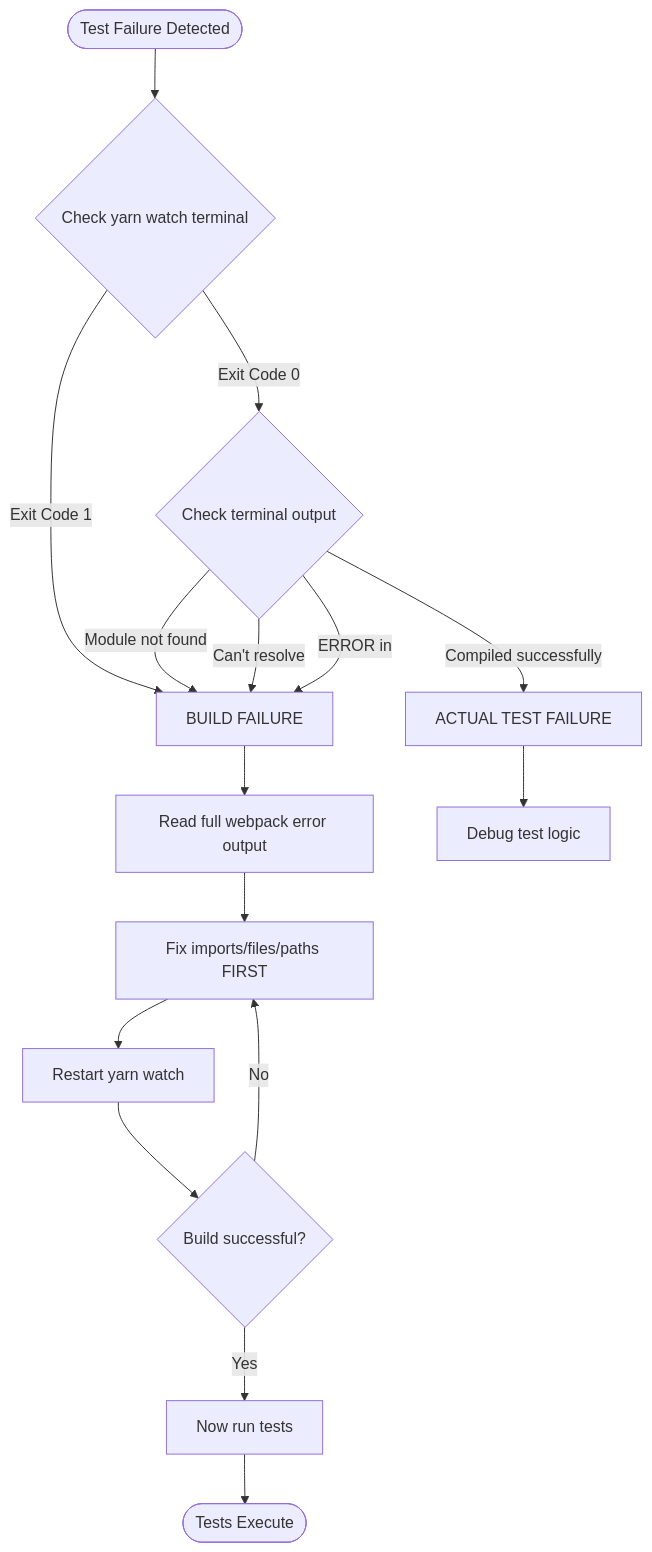
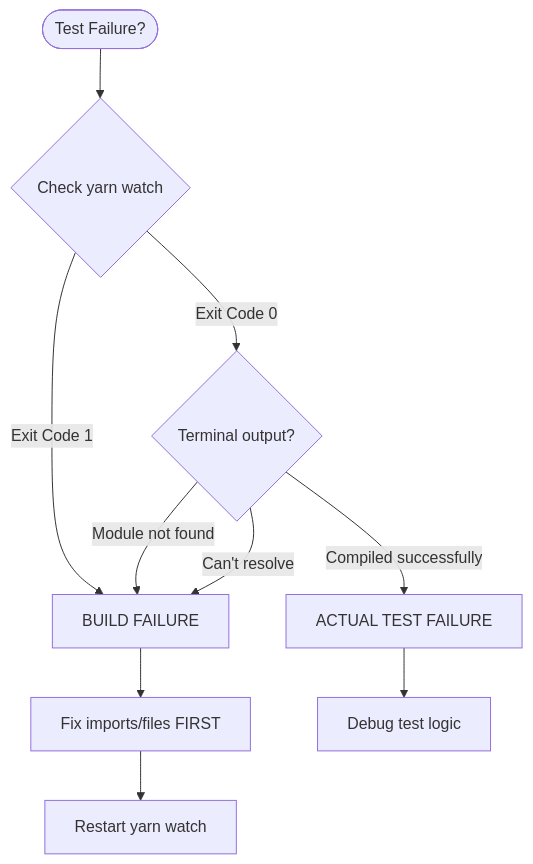
The second of 2 diagrams in .github/agents/tester.agent.md (department-of-veterans-affairs/vets-website), drawn with Mermaid before and after one commit. The commit also changed other lines of this file and 11 other files, not shown here.

````diff
--- a/.github/agents/tester.agent.md
+++ b/.github/agents/tester.agent.md
@@ -109,18 +143,12 @@
 ```mermaid
 flowchart TD
-    Start([Test Failure Detected]) --> CheckTerminal{Check yarn watch terminal}
+    Start([Test Failure?]) --> CheckTerminal{Check yarn watch}
     CheckTerminal -->|Exit Code 1| BuildError[BUILD FAILURE]
-    CheckTerminal -->|Exit Code 0| CheckOutput{Check terminal output}
+    CheckTerminal -->|Exit Code 0| CheckOutput{Terminal output?}
     CheckOutput -->|Module not found| BuildError
     CheckOutput -->|Can't resolve| BuildError
-    CheckOutput -->|ERROR in| BuildError
     CheckOutput -->|Compiled successfully| TestError[ACTUAL TEST FAILURE]
-    BuildError --> DiagnoseBuild[Read full webpack error output]
-    DiagnoseBuild --> FixBuild[Fix imports/files/paths FIRST]
+    BuildError --> FixBuild[Fix imports/files FIRST]
     FixBuild --> RestartWatch[Restart yarn watch]
-    RestartWatch --> VerifyBuild{Build successful?}
-    VerifyBuild -->|No| FixBuild
-    VerifyBuild -->|Yes| RunTests[Now run tests]
     TestError --> DebugTest[Debug test logic]
-    RunTests --> Done([Tests Execute])
 ```
````
